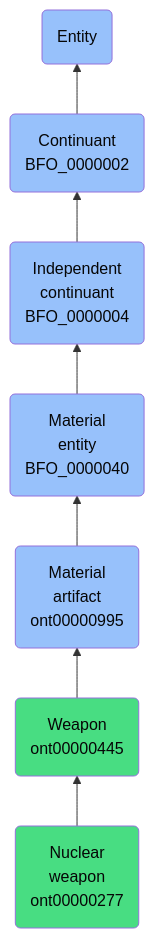
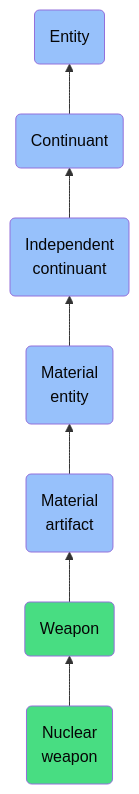
The diagram in docs/ontology/reference/model/Entity/Continuant/Independent continuant/Material entity/Material artifact/Weapon/Nuclear weapon/Nuclear weapon.md (jupyter-naas/abi), drawn with Mermaid before and after one commit. The commit also changed other lines of this file and 1430 other files, not shown here.

````diff
--- a/docs/ontology/reference/model/Entity/Continuant/Independent continuant/Material entity/Material artifact/Weapon/Nuclear weapon/Nuclear weapon.md
+++ b/docs/ontology/reference/model/Entity/Continuant/Independent continuant/Material entity/Material artifact/Weapon/Nuclear weapon/Nuclear weapon.md
@@ -24,14 +24,14 @@
 ```mermaid
 graph BT
-    ont00000277(Nuclear<br>weapon<br>ont00000277):::ABI-->ont00000445
-    ont00000445(Weapon<br>ont00000445):::ABI-->ont00000995
-    ont00000995(Material<br>artifact<br>ont00000995):::BFO-->BFO_0000040
-    BFO_0000040(Material<br>entity<br>BFO_0000040):::BFO-->BFO_0000004
-    BFO_0000004(Independent<br>continuant<br>BFO_0000004):::BFO-->BFO_0000002
-    BFO_0000002(Continuant<br>BFO_0000002):::BFO-->BFO_0000001
+    ont00000277(Nuclear<br>weapon):::ABI-->ont00000445
+    ont00000445(Weapon):::ABI-->ont00000995
+    ont00000995(Material<br>artifact):::BFO-->BFO_0000040
+    BFO_0000040(Material<br>entity):::BFO-->BFO_0000004
+    BFO_0000004(Independent<br>continuant):::BFO-->BFO_0000002
+    BFO_0000002(Continuant):::BFO-->BFO_0000001
     BFO_0000001(Entity):::BFO
     
     classDef BFO fill:#97c1fb,color:#060606
     classDef CCO fill:#e4c51e,color:#060606
     classDef ABI fill:#48DD82,color:#060606
 ```
````
